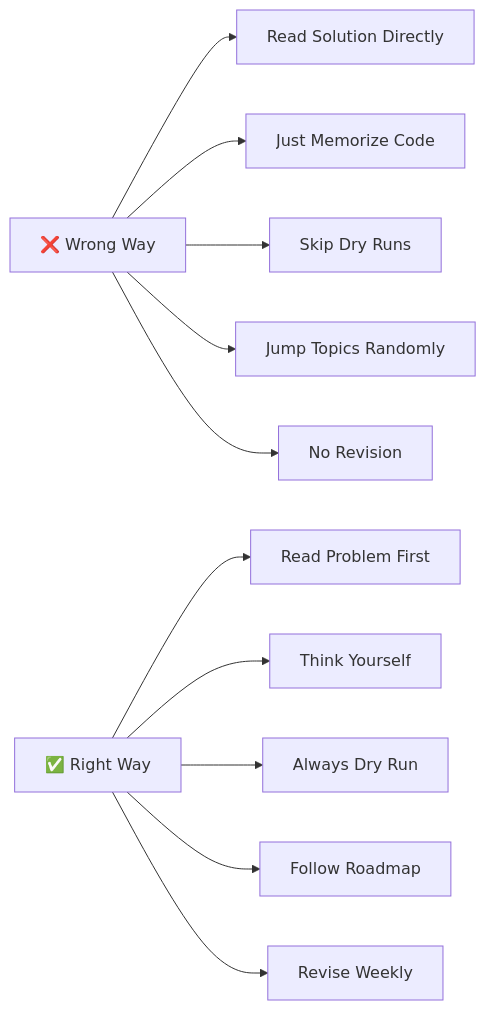
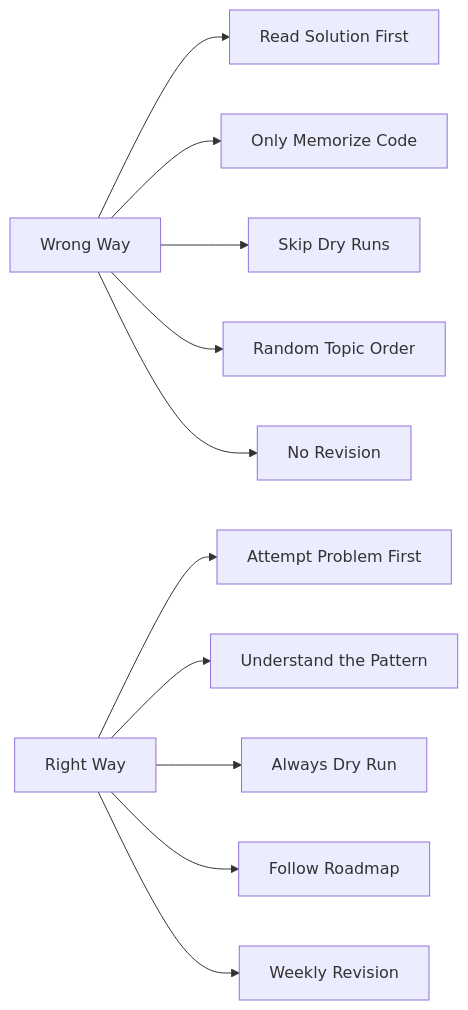
One commit to Kshitijgul/Notes changed the eighth of 12 diagrams in DSA/01-Introduction.md. Above: the diagram before and after it, drawn with Mermaid. The commit also changed other lines of this file and 1 other file, not shown here.

````diff
--- a/DSA/01-Introduction.md
+++ b/DSA/01-Introduction.md
@@ -745,14 +850,14 @@
 ```mermaid
 flowchart LR
-    A[❌ Wrong Way] --> A1[Read Solution Directly]
-    A --> A2[Just Memorize Code]
+    A[Wrong Way] --> A1[Read Solution First]
+    A --> A2[Only Memorize Code]
     A --> A3[Skip Dry Runs]
-    A --> A4[Jump Topics Randomly]
+    A --> A4[Random Topic Order]
     A --> A5[No Revision]
-    
-    B[✅ Right Way] --> B1[Read Problem First]
-    B --> B2[Think Yourself]
+
+    B[Right Way] --> B1[Attempt Problem First]
+    B --> B2[Understand the Pattern]
     B --> B3[Always Dry Run]
     B --> B4[Follow Roadmap]
-    B --> B5[Revise Weekly]
+    B --> B5[Weekly Revision]
 ```
````
